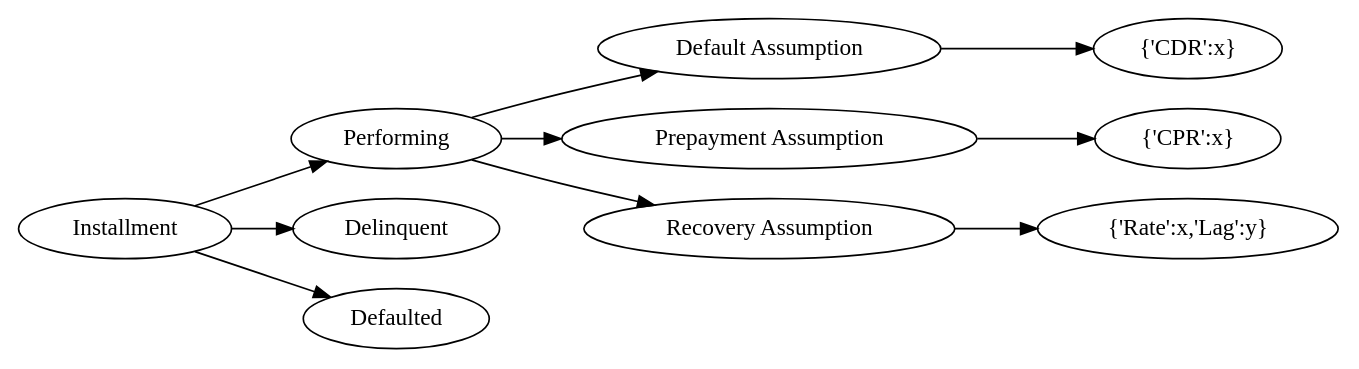
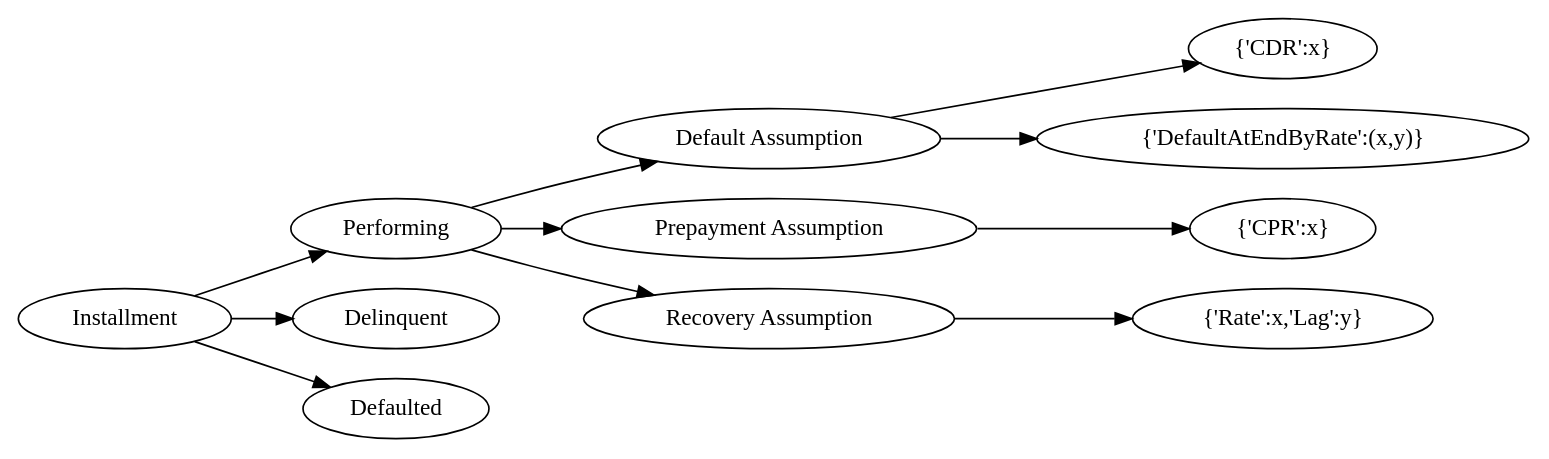
The fourth of 9 diagrams in docs/source/analytics.rst (yellowbean/AbsBox), drawn with Graphviz before and after one commit. The commit also changed other lines of this file and 3 other files, not shown here.

Commit message:
expose default at end with rate assump

```diff
--- a/docs/source/analytics.rst
+++ b/docs/source/analytics.rst
@@ -256,18 +259,19 @@
 .. graphviz::
     :name: sphinx.ext.graphviz
     :caption: installment-assumption
     :alt: installment-assumption
     :align: center
     
     digraph {
         rankdir = LR
         Installment -> Performing
         Installment -> Delinquent
         Installment -> Defaulted
         Performing -> "Default Assumption"
         Performing -> "Prepayment Assumption"
         Performing -> "Recovery Assumption"
         "Prepayment Assumption" -> "{'CPR':x}"
         "Default Assumption" -> "{'CDR':x}"
+        "Default Assumption" -> "{'DefaultAtEndByRate':(x,y)}"
         "Recovery Assumption" -> "{'Rate':x,'Lag':y}"
     }
```
